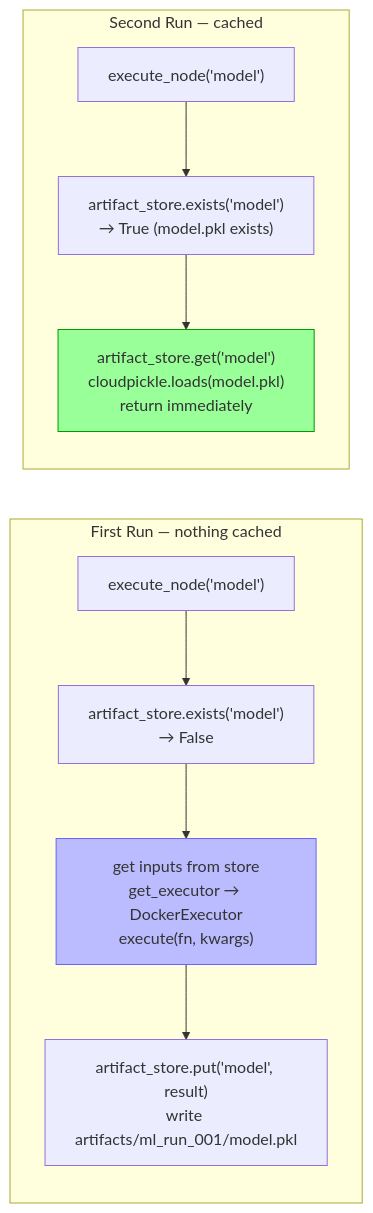
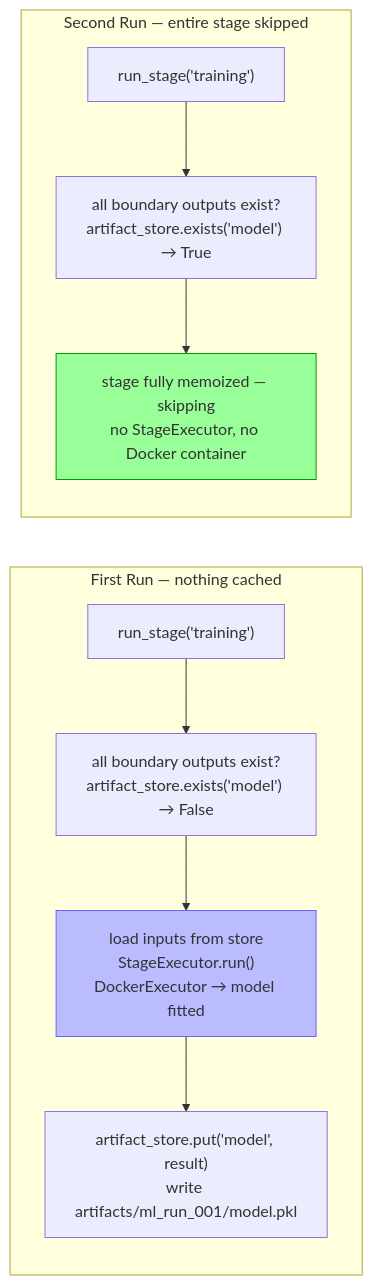
Before and after one commit to ganeshhgupta/fn_graph: the seventh of 12 diagrams in fn_graph/examples/solution/DIAGRAMS.md, drawn with Mermaid. The commit also changed other lines of this file, not shown here.

Commit message:
docs: update DIAGRAMS.md for stage partitioning — new diagrams 11 and 12, all others updated

````diff
--- a/fn_graph/examples/solution/DIAGRAMS.md
+++ b/fn_graph/examples/solution/DIAGRAMS.md
@@ -338,20 +354,20 @@
 ```mermaid
 flowchart LR
     subgraph Run1["First Run — nothing cached"]
-        R1A["execute_node('model')"]
-        R1B["artifact_store.exists('model')\n→ False"]
-        R1C["get inputs from store\nget_executor → DockerExecutor\nexecute(fn, kwargs)"]
+        R1A["run_stage('training')"]
+        R1B["all boundary outputs exist?\nartifact_store.exists('model') → False"]
+        R1C["load inputs from store\nStageExecutor.run()\nDockerExecutor → model fitted"]
         R1D["artifact_store.put('model', result)\nwrite artifacts/ml_run_001/model.pkl"]
         R1A --> R1B --> R1C --> R1D
     end
 
-    subgraph Run2["Second Run — cached"]
-        R2A["execute_node('model')"]
-        R2B["artifact_store.exists('model')\n→ True  (model.pkl exists)"]
-        R2C["artifact_store.get('model')\ncloudpickle.loads(model.pkl)\nreturn immediately"]
+    subgraph Run2["Second Run — entire stage skipped"]
+        R2A["run_stage('training')"]
+        R2B["all boundary outputs exist?\nartifact_store.exists('model') → True"]
+        R2C["stage fully memoized — skipping\nno StageExecutor, no Docker container"]
         R2A --> R2B --> R2C
     end
 
     style R1C fill:#bbf,stroke:#66f
     style R2C fill:#9f9,stroke:#090
 ```
````
